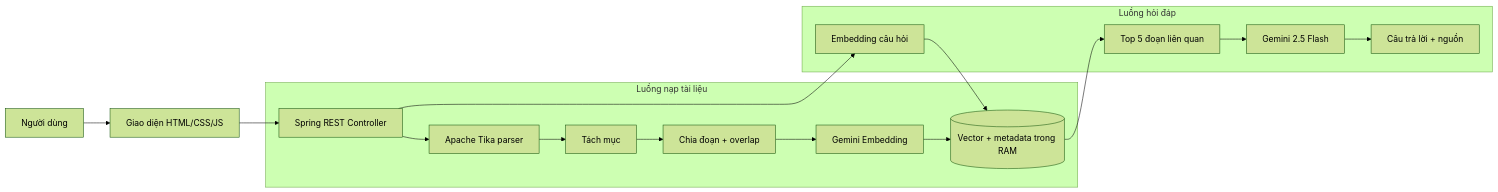
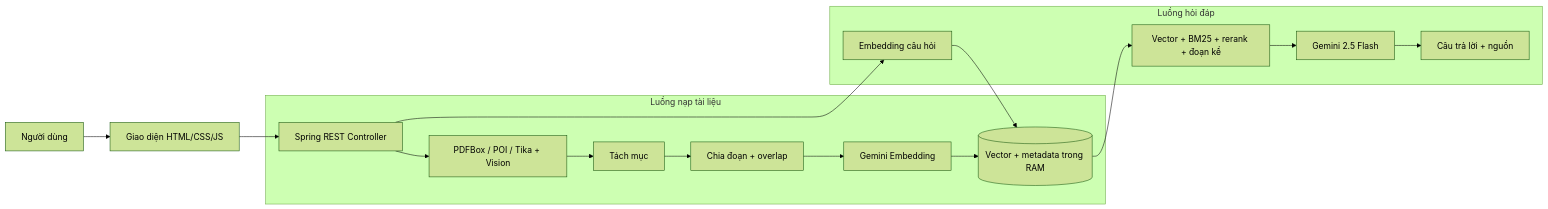
One commit to hoctap970-cloud/rag-document-assistant changed the diagram in README.md. Above: the diagram before and after it, drawn with Mermaid (forest theme). The commit also changed other lines of this file and 45 other files, not shown here.

````diff
--- a/README.md
+++ b/README.md
@@ -24,21 +27,21 @@
 ```mermaid
 flowchart LR
     U[Người dùng] --> FE[Giao diện HTML/CSS/JS]
     FE --> API[Spring REST Controller]
 
     subgraph Indexing[Luồng nạp tài liệu]
-        API --> TIKA[Apache Tika parser]
+        API --> TIKA[PDFBox / POI / Tika + Vision]
         TIKA --> SEC[Tách mục]
         SEC --> CHUNK[Chia đoạn + overlap]
         CHUNK --> EMB[Gemini Embedding]
         EMB --> RAM[(Vector + metadata trong RAM)]
     end
 
     subgraph Query[Luồng hỏi đáp]
         API --> QEMB[Embedding câu hỏi]
         QEMB --> RAM
-        RAM --> TOP[Top 5 đoạn liên quan]
+        RAM --> TOP[Vector + BM25 + rerank + đoạn kề]
         TOP --> LLM[Gemini 2.5 Flash]
         LLM --> ANSWER[Câu trả lời + nguồn]
     end
 ```
````
